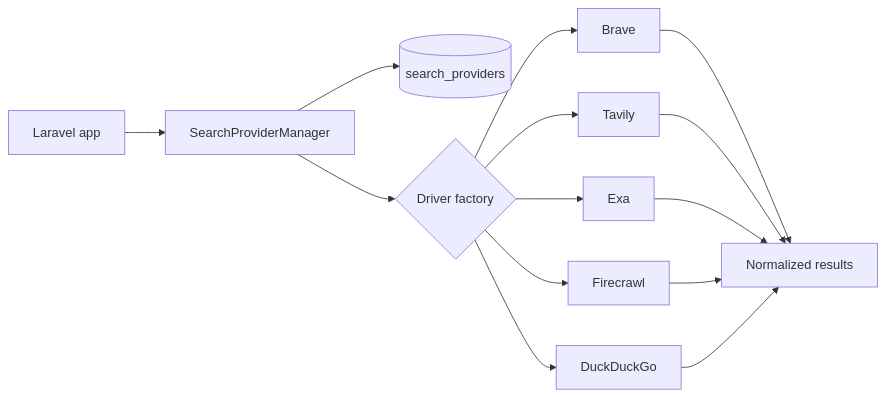
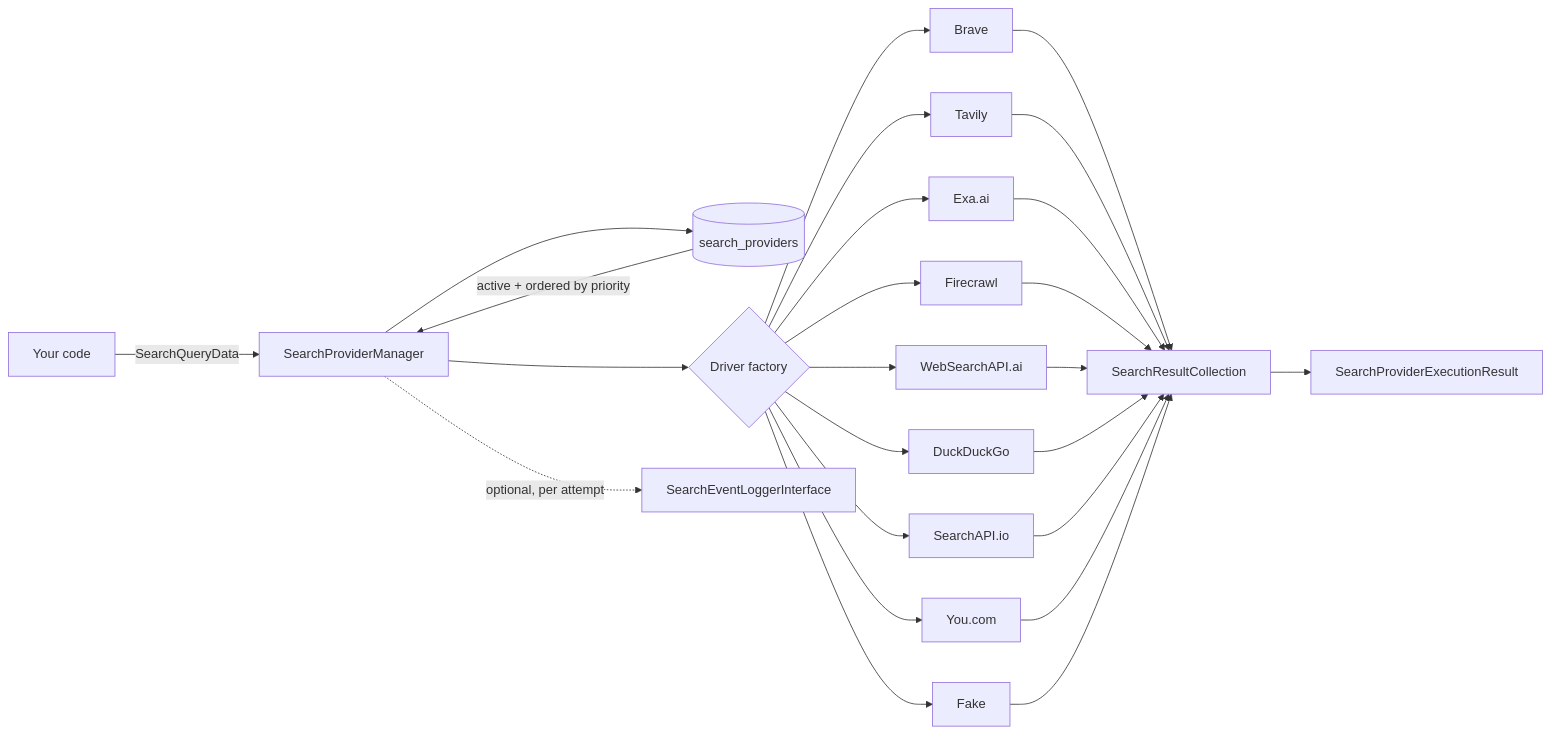
The diagram in docs-site/docs/index.md (padosoft/laravel-ai-search-providers), drawn with Mermaid before and after one commit. The commit also changed other lines of this file and 2 other files, not shown here.

````diff
--- a/docs-site/docs/index.md
+++ b/docs-site/docs/index.md
@@ -36,16 +173,27 @@
 ```mermaid
 flowchart LR
-    A[Laravel app] --> B[SearchProviderManager]
-    B --> C[(search_providers)]
-    B --> D{Driver factory}
-    D --> E[Brave]
-    D --> F[Tavily]
-    D --> G[Exa]
-    D --> H[Firecrawl]
-    D --> I[DuckDuckGo]
-    E --> J[Normalized results]
-    F --> J
-    G --> J
-    H --> J
-    I --> J
+  A[Your code] -->|SearchQueryData| B[SearchProviderManager]
+  B --> C[(search_providers)]
+  C -->|active + ordered by priority| B
+  B --> D{Driver factory}
+  D --> E[Brave]
+  D --> F[Tavily]
+  D --> G[Exa.ai]
+  D --> H[Firecrawl]
+  D --> I[WebSearchAPI.ai]
+  D --> J[DuckDuckGo]
+  D --> K[SearchAPI.io]
+  D --> L[You.com]
+  D --> M[Fake]
+  E --> N[SearchResultCollection]
+  F --> N
+  G --> N
+  H --> N
+  I --> N
+  J --> N
+  K --> N
+  L --> N
+  M --> N
+  N --> O[SearchProviderExecutionResult]
+  B -.->|optional, per attempt| P[SearchEventLoggerInterface]
 ```
````
